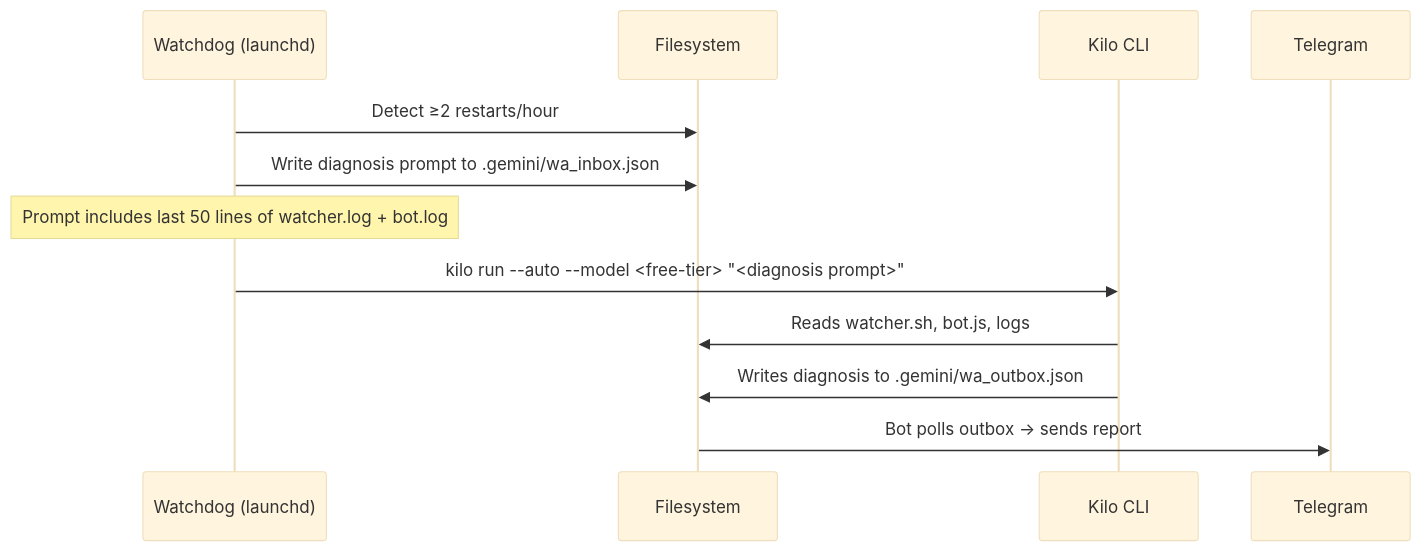
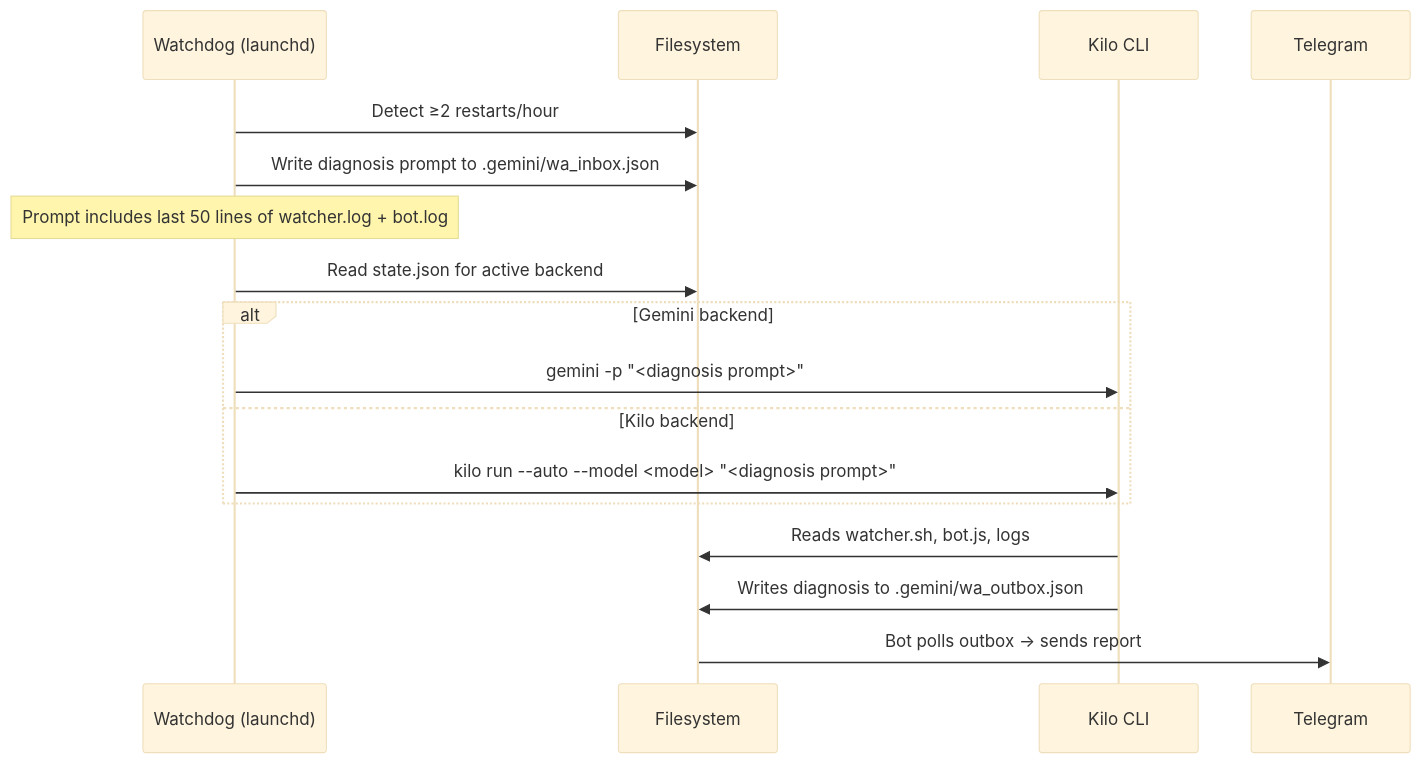
The second of 2 diagrams in docs/specs/self_healing_spec.md (Mkn501/remote-antigravity), drawn with Mermaid (base theme) before and after one commit. The commit also changed other lines of this file, not shown here.

First line of the commit message:
spec: make Phase 3 diagnosis backend-agnostic (Gemini or Kilo)

````diff
--- a/docs/specs/self_healing_spec.md
+++ b/docs/specs/self_healing_spec.md
@@ -187,15 +187,20 @@
 ```mermaid
 sequenceDiagram
     participant WD as Watchdog (launchd)
     participant FS as Filesystem
     participant K as Kilo CLI
     participant TG as Telegram
 
     WD->>FS: Detect ≥2 restarts/hour
     WD->>FS: Write diagnosis prompt to .gemini/wa_inbox.json
     Note over WD: Prompt includes last 50 lines of watcher.log + bot.log
-    WD->>K: kilo run --auto --model <free-tier> "<diagnosis prompt>"
+    WD->>FS: Read state.json for active backend
+    alt Gemini backend
+        WD->>K: gemini -p "<diagnosis prompt>"
+    else Kilo backend
+        WD->>K: kilo run --auto --model <model> "<diagnosis prompt>"
+    end
     K->>FS: Reads watcher.sh, bot.js, logs
     K->>FS: Writes diagnosis to .gemini/wa_outbox.json
     FS->>TG: Bot polls outbox → sends report
 ```
````
